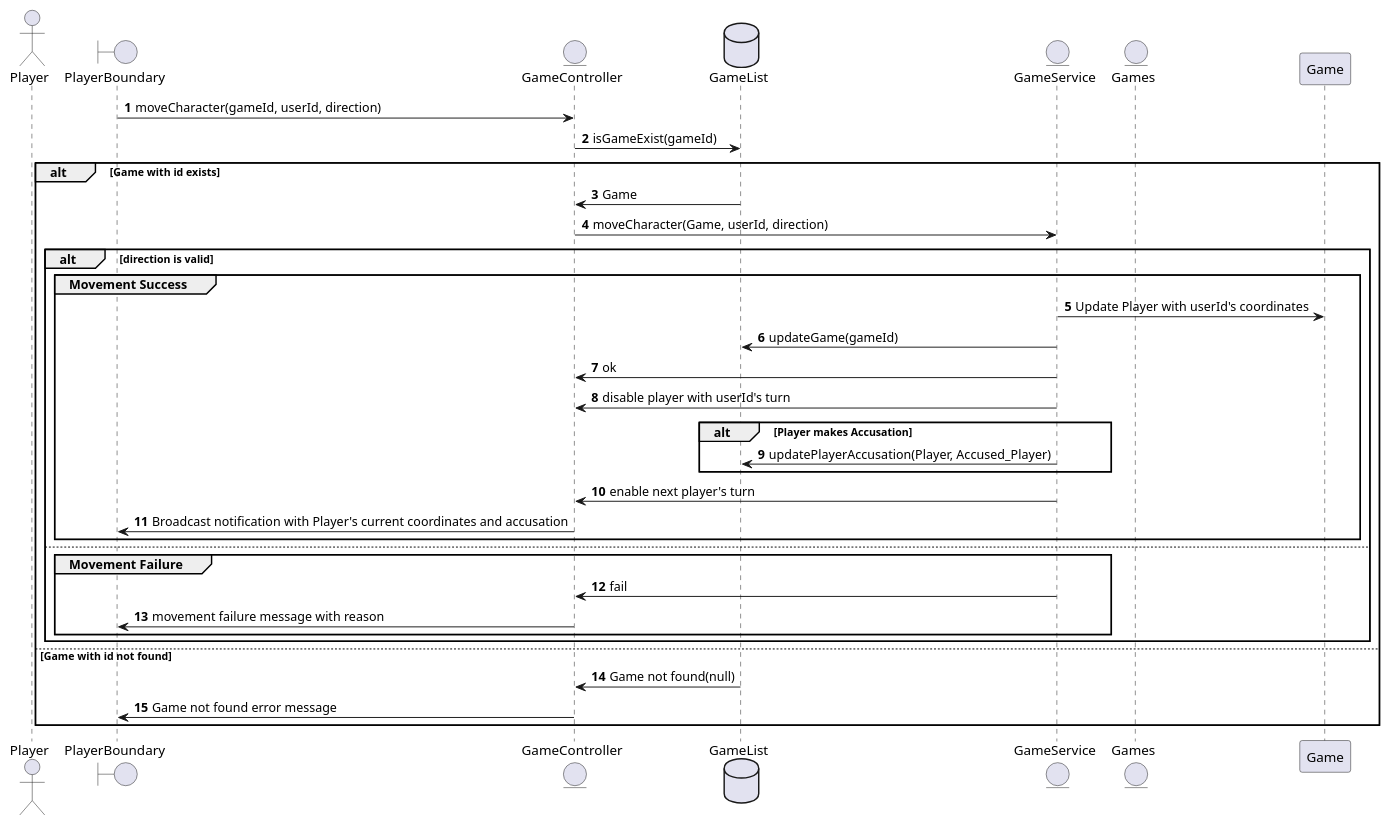
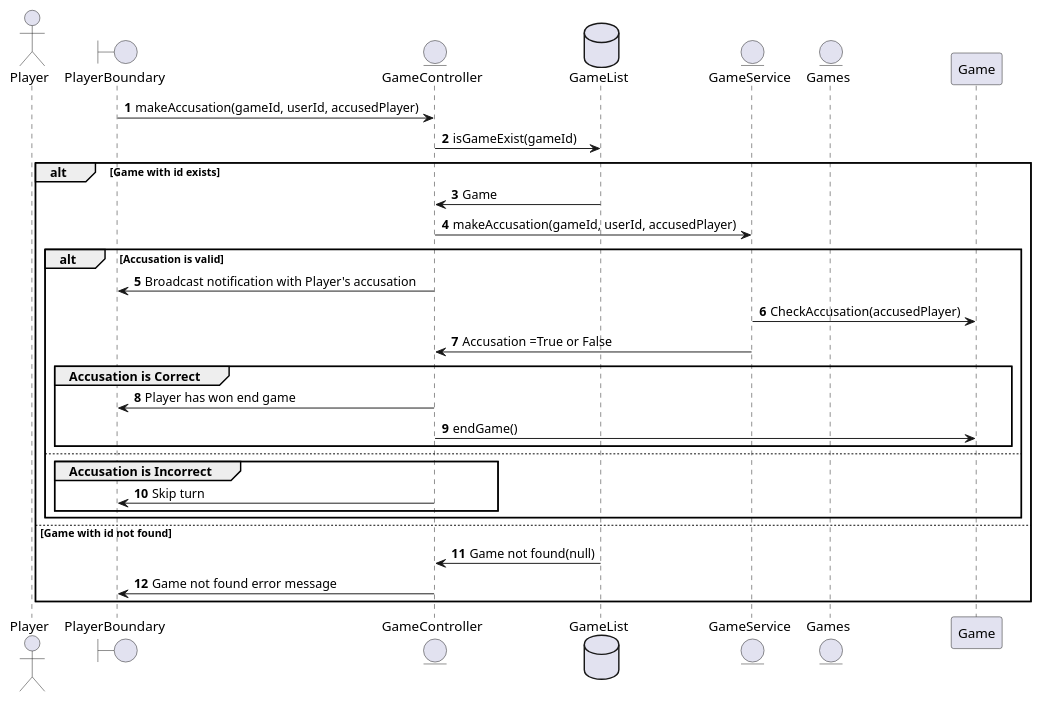
One commit to gurmsc5/Clue-Less changed the diagram in clue-less-backend/player_accusation.puml. Above: the diagram before and after it, drawn with PlantUML. The commit also changed 1 other file, not shown here.

Commit message:
updated accusations and end game uml

```diff
--- a/clue-less-backend/player_accusation.puml
+++ b/clue-less-backend/player_accusation.puml
@@ -1,39 +1,35 @@
 @startuml
 
 autonumber
 actor Player
 boundary PlayerBoundary
 entity GameController
 
-PlayerBoundary -> GameController: moveCharacter(gameId, userId, direction)
+PlayerBoundary -> GameController: makeAccusation(gameId, userId, accusedPlayer)
 database GameList
 entity GameService
 entity Games
 GameController -> GameList: isGameExist(gameId)
 
 alt Game with id exists
     GameList -> GameController: Game
-    GameController -> GameService: moveCharacter(Game, userId, direction)
-    alt direction is valid
-        group Movement Success
-            GameService -> Game: Update Player with userId's coordinates
-            GameService -> GameList: updateGame(gameId)
-            GameService -> GameController: ok
-            GameService -> GameController: disable player with userId's turn
-            alt Player makes Accusation
-                GameService->GameList:updatePlayerAccusation(Player, Accused_Player)
-            end
-            GameService -> GameController: enable next player's turn
-            GameController -> PlayerBoundary: Broadcast notification with Player's current coordinates and accusation
+    GameController -> GameService: makeAccusation(gameId, userId, accusedPlayer)
+    alt Accusation is valid
+        GameController -> PlayerBoundary: Broadcast notification with Player's accusation
+        GameService->Game: CheckAccusation(accusedPlayer)
+        GameService-> GameController: Accusation =True or False
+        group Accusation is Correct
+            GameController -> PlayerBoundary: Player has won end game
+            GameController -> Game: endGame()
         end
     else
-        group Movement Failure
-            GameService -> GameController: fail
-            GameController -> PlayerBoundary: movement failure message with reason
+        group Accusation is Incorrect
+            GameController -> PlayerBoundary: Skip turn
+            
         end
     end
 else Game with id not found
     GameList -> GameController: Game not found(null)
     GameController -> PlayerBoundary: Game not found error message
 end
 @enduml
```
